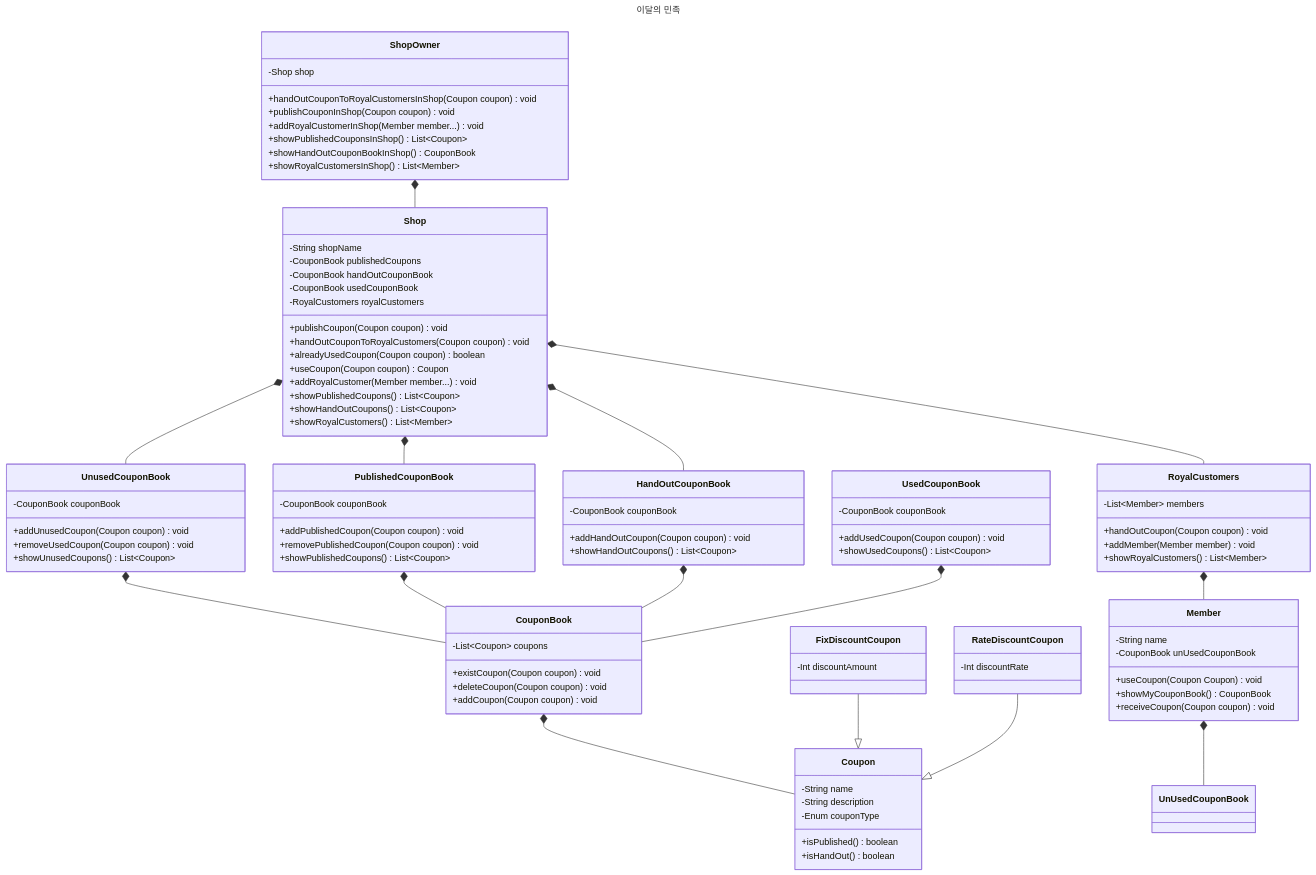
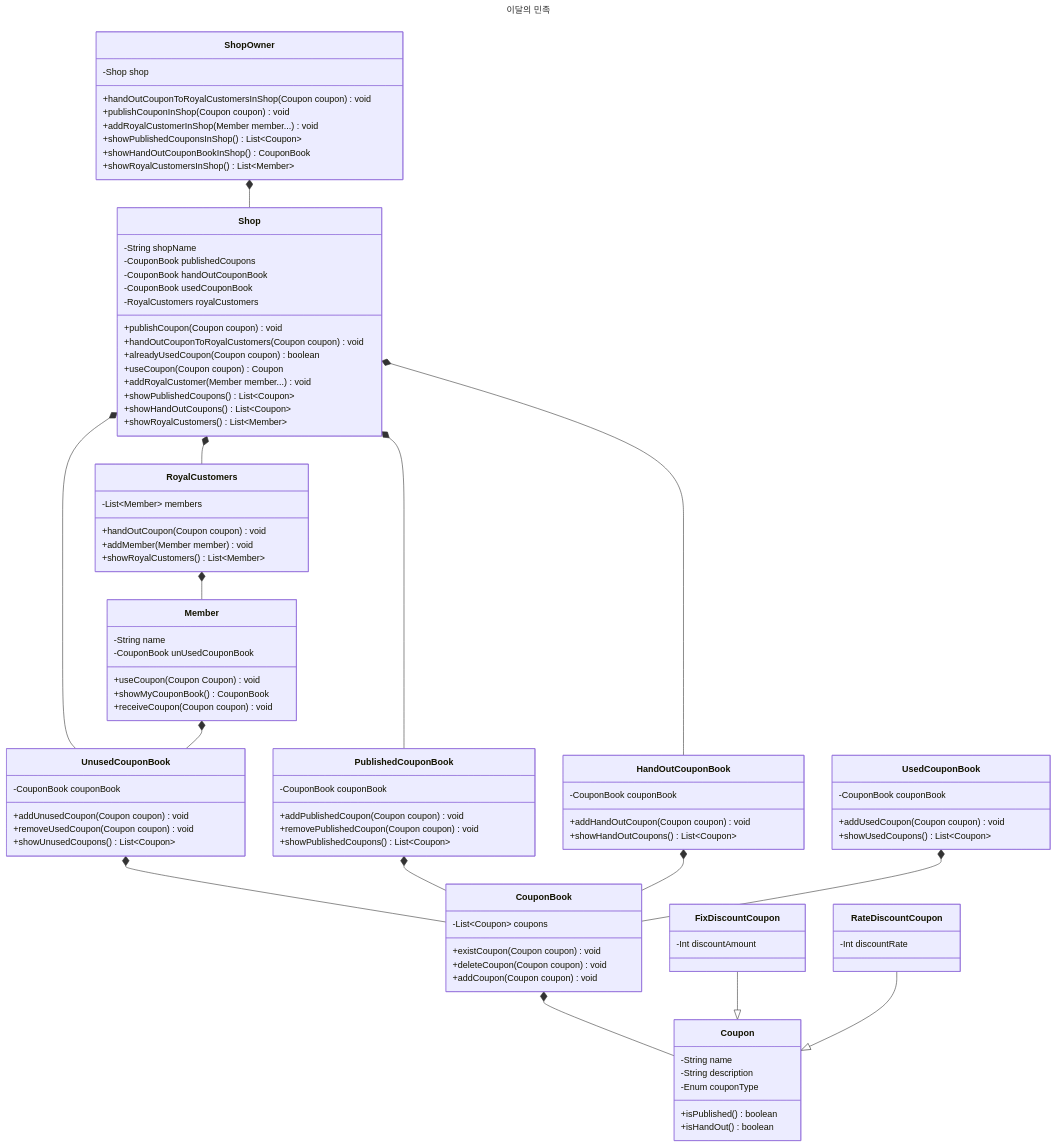
The first of 2 diagrams in README.md (Exagonal-Study/est-delivery), drawn with Mermaid before and after one commit.

Commit message:
chore : readme 수정

```diff
--- a/README.md
+++ b/README.md
@@ -48,7 +48,7 @@
     Shop *-- HandOutCouponBook
     Shop *-- RoyalCustomers
     RoyalCustomers *-- Member
-    Member *-- UnUsedCouponBook
+    Member *-- UnusedCouponBook
     CouponBook *-- Coupon
     FixDiscountCoupon --|> Coupon
     RateDiscountCoupon --|> Coupon
```
